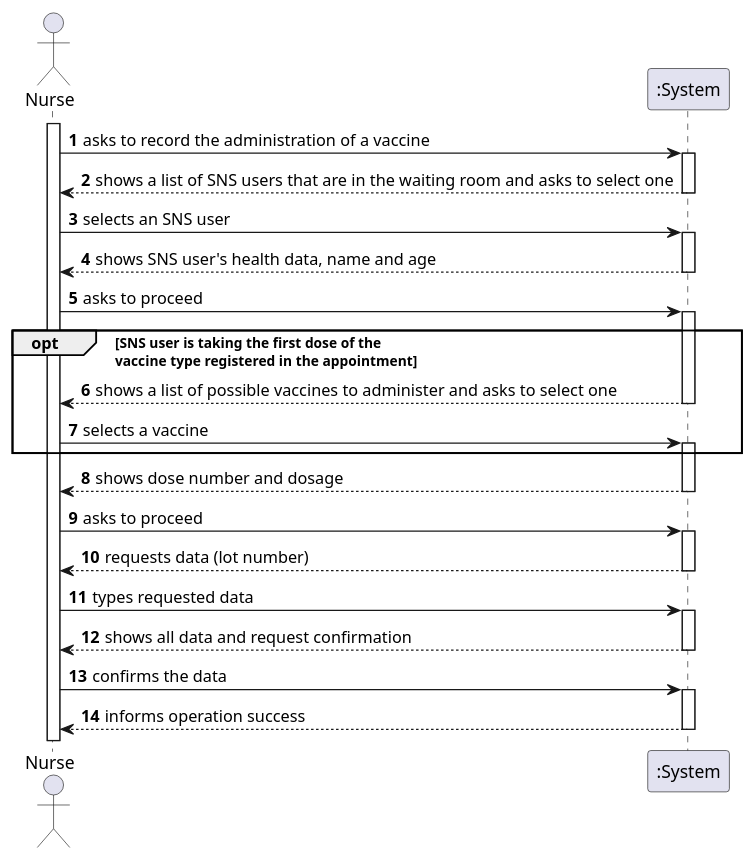
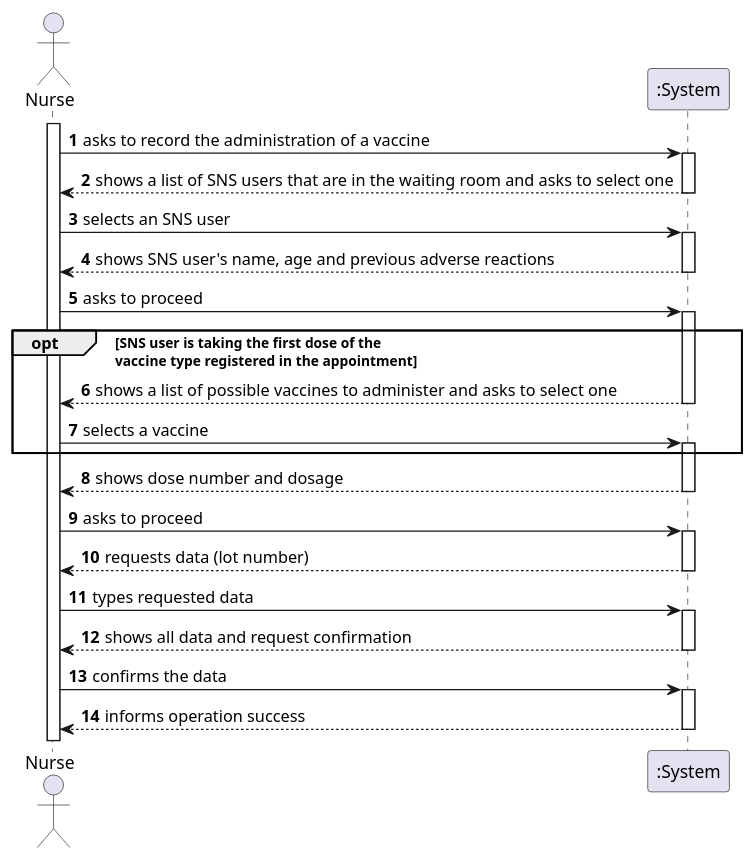
The diagram in docs/SprintD/US08/SSD/US08_SSD.puml (miseEnPlace-i/lapr2), drawn with PlantUML before and after one commit.

Commit message:
docs(US08): fixed writing error on SSD

```diff
--- a/docs/SprintD/US08/SSD/US08_SSD.puml
+++ b/docs/SprintD/US08/SSD/US08_SSD.puml
@@ -1,44 +1,44 @@
 @startuml US08_SSD
 autonumber
 actor "Nurse" as nurse
 
 activate nurse
 
 nurse -> ":System" : asks to record the administration of a vaccine
 activate ":System"
   ":System" --> nurse : shows a list of SNS users that are in the waiting room and asks to select one
 deactivate ":System"
 
 nurse -> ":System" : selects an SNS user
 activate ":System"
-  ":System" --> nurse : shows SNS user's health data, name and age
+  ":System" --> nurse : shows SNS user's name, age and previous adverse reactions
 deactivate ":System"
 
 nurse -> ":System" : asks to proceed
 opt SNS user is taking the first dose of the\nvaccine type registered in the appointment
   activate ":System"
     ":System" --> nurse : shows a list of possible vaccines to administer and asks to select one
   deactivate ":System"
 
   nurse -> ":System" : selects a vaccine
   activate ":System"
 end
   ":System" --> nurse : shows dose number and dosage
 deactivate ":System"
 
 nurse -> ":System" : asks to proceed
 activate ":System"
   ":System" --> nurse : requests data (lot number)
 deactivate ":System"
 
 nurse -> ":System" : types requested data
 activate ":System"
   ":System" --> nurse : shows all data and request confirmation
 deactivate ":System"
 
 nurse -> ":System" : confirms the data
 activate ":System"
   ":System" --> nurse : informs operation success
 deactivate ":System"
 
 @enduml
```
